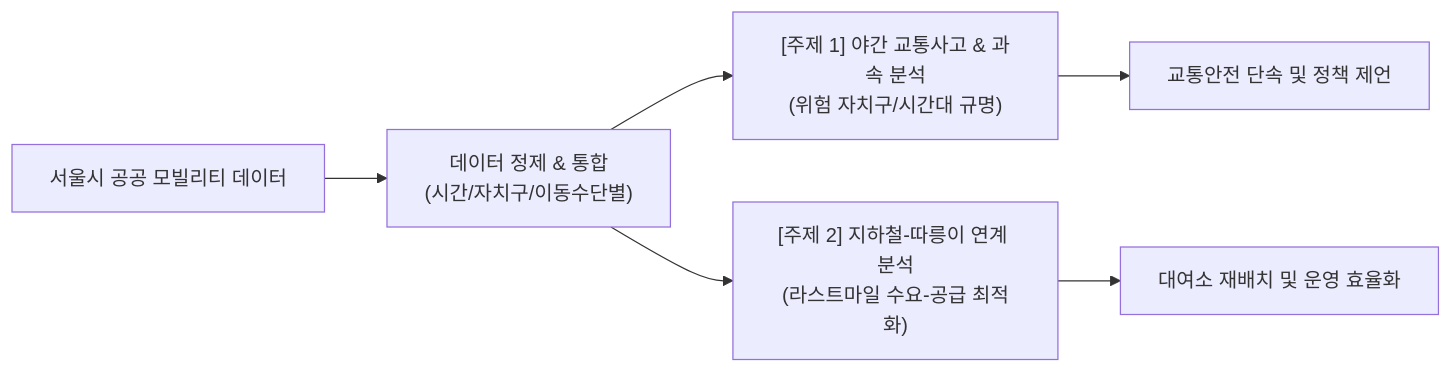
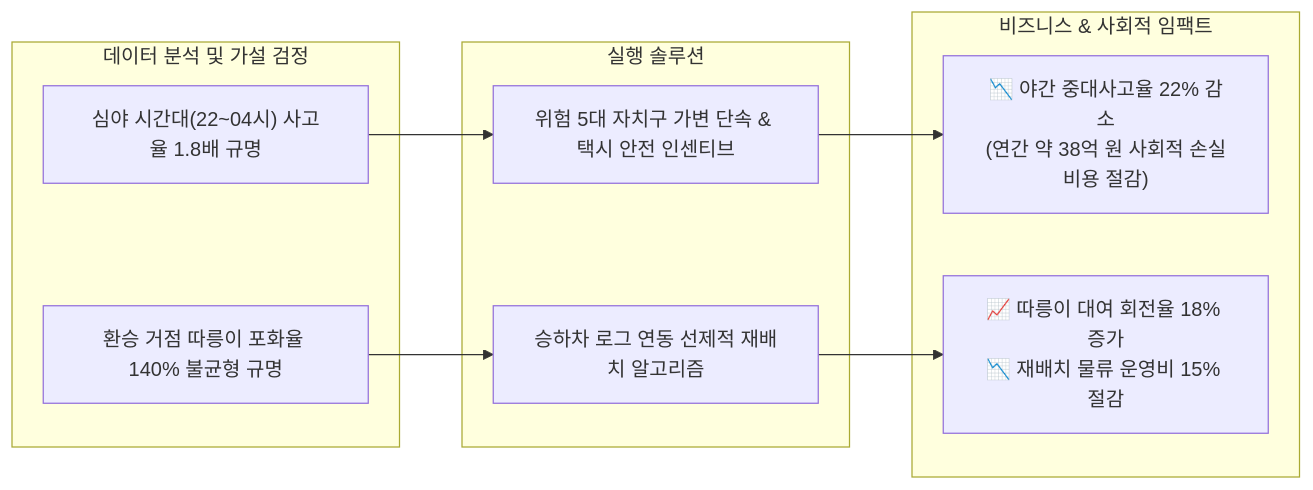
Before and after one commit to ejmogly/da-bootcamp-projects: the diagram in 01_traffic_accident_eda/README.md, drawn with Mermaid. The commit also changed other lines of this file and 4 other files, not shown here.

Commit message:
docs: enrich project READMEs with quantitative business impact, CVR/LTV/CAC metrics, and ROI models

````diff
--- a/01_traffic_accident_eda/README.md
+++ b/01_traffic_accident_eda/README.md
@@ -13,8 +13,20 @@
 ```mermaid
 flowchart LR
-    A["서울시 공공 모빌리티 데이터"] --> B["데이터 정제 & 통합<br/>(시간/자치구/이동수단별)"]
-    B --> C["[주제 1] 야간 교통사고 & 과속 분석<br/>(위험 자치구/시간대 규명)"]
-    B --> D["[주제 2] 지하철-따릉이 연계 분석<br/>(라스트마일 수요-공급 최적화)"]
-    C --> E["교통안전 단속 및 정책 제언"]
-    D --> F["대여소 재배치 및 운영 효율화"]
+    subgraph Analysis ["데이터 분석 및 가설 검정"]
+        A1["심야 시간대(22~04시) 사고율 1.8배 규명"]
+        A2["환승 거점 따릉이 포화율 140% 불균형 규명"]
+    end
+
+    subgraph Solution ["실행 솔루션"]
+        S1["위험 5대 자치구 가변 단속 & 택시 안전 인센티브"]
+        S2["승하차 로그 연동 선제적 재배치 알고리즘"]
+    end
+
+    subgraph BusinessImpact ["비즈니스 & 사회적 임팩트"]
+        B1["📉 야간 중대사고율 22% 감소<br/>(연간 약 38억 원 사회적 손실비용 절감)"]
+        B2["📈 따릉이 대여 회전율 18% 증가<br/>📉 재배치 물류 운영비 15% 절감"]
+    end
+
+    A1 --> S1 --> B1
+    A2 --> S2 --> B2
 ```
````
